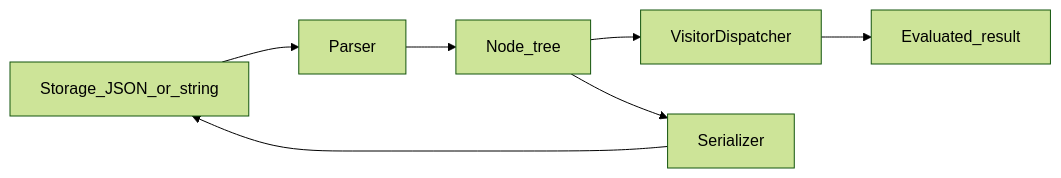
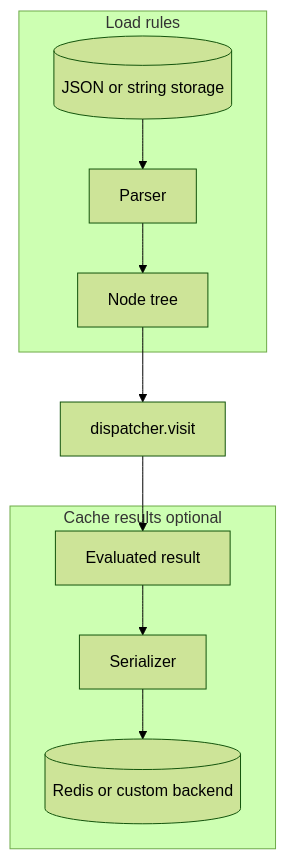
Before and after one commit to 1PaCHeK1/dynamic-expressions: the diagram in docs/serialization/index.md, drawn with Mermaid (forest theme). The commit also changed other lines of this file and 20 other files, not shown here.

````diff
--- a/docs/serialization/index.md
+++ b/docs/serialization/index.md
@@ -29,9 +64,15 @@
 ```mermaid
-flowchart LR
-    storage[Storage_JSON_or_string] --> parser[Parser]
-    parser --> nodes[Node_tree]
-    nodes --> dispatcher[VisitorDispatcher]
-    dispatcher --> result[Evaluated_result]
-    nodes --> serializer[Serializer]
-    serializer --> storage
+flowchart TB
+    subgraph rules ["Load rules"]
+        ruleStorage[(JSON or string storage)] --> parser[Parser]
+        parser --> nodes[Node tree]
+    end
+
+    nodes --> eval[dispatcher.visit]
+    eval --> result[Evaluated result]
+
+    subgraph cache ["Cache results optional"]
+        result --> serializer[Serializer]
+        serializer --> cacheStorage[(Redis or custom backend)]
+    end
 ```
````
